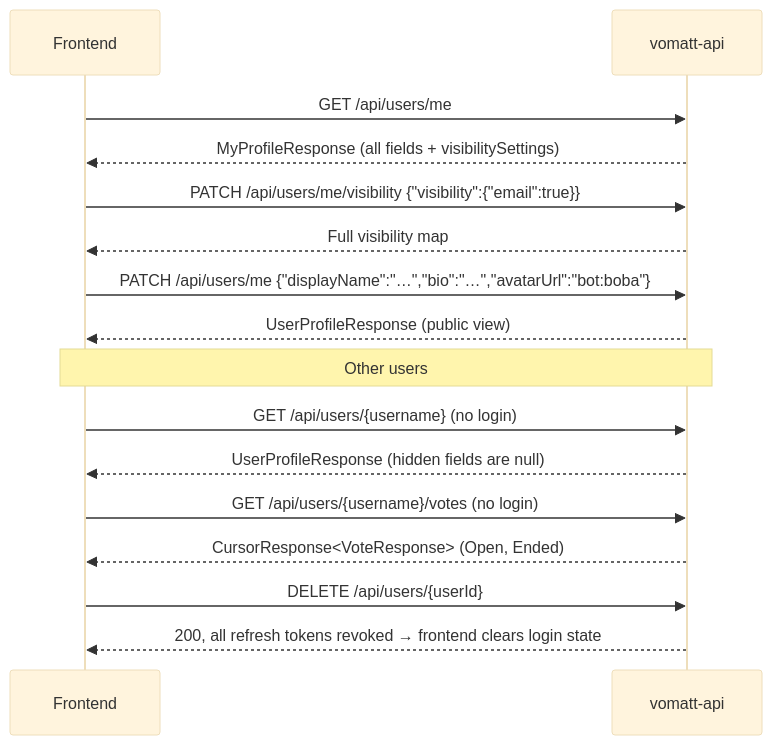
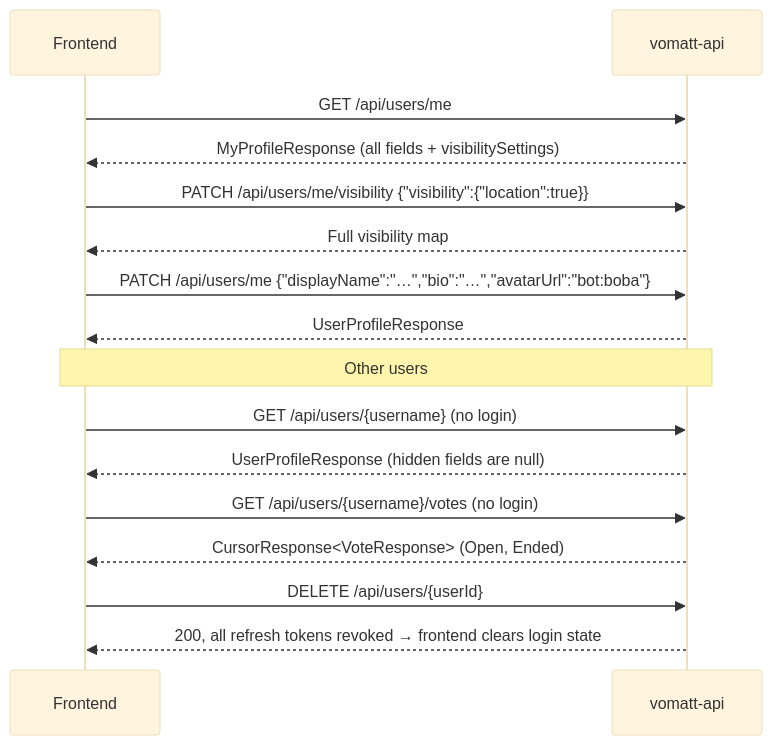
The diagram in docs/frontend/flows/profile.md (vomatt/vomatt-api), drawn with Mermaid (base theme) before and after one commit. The commit also changed other lines of this file and 13 other files, not shown here.

````diff
--- a/docs/frontend/flows/profile.md
+++ b/docs/frontend/flows/profile.md
@@ -7,18 +7,18 @@
 ```mermaid
 sequenceDiagram
     participant FE as Frontend
     participant API as vomatt-api
     FE->>API: GET /api/users/me
     API-->>FE: MyProfileResponse (all fields + visibilitySettings)
-    FE->>API: PATCH /api/users/me/visibility {"visibility":{"email":true}}
+    FE->>API: PATCH /api/users/me/visibility {"visibility":{"location":true}}
     API-->>FE: Full visibility map
     FE->>API: PATCH /api/users/me {"displayName":"…","bio":"…","avatarUrl":"bot:boba"}
-    API-->>FE: UserProfileResponse (public view)
+    API-->>FE: UserProfileResponse
     Note over FE,API: Other users
     FE->>API: GET /api/users/{username} (no login)
     API-->>FE: UserProfileResponse (hidden fields are null)
     FE->>API: GET /api/users/{username}/votes (no login)
     API-->>FE: CursorResponse<VoteResponse> (Open, Ended)
     FE->>API: DELETE /api/users/{userId}
     API-->>FE: 200, all refresh tokens revoked → frontend clears login state
 ```
````
